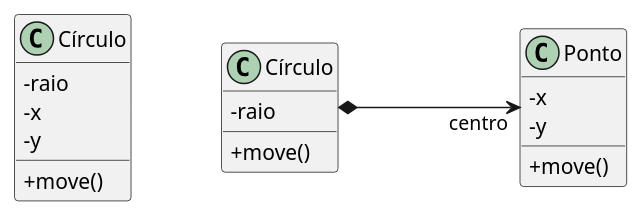
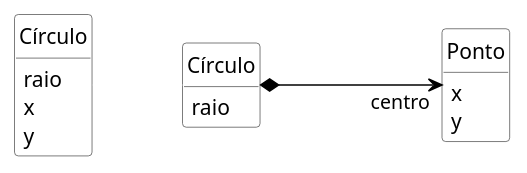
Before and after one commit to kyriosdata/oo: the diagram in imagens/modelos-07/mod07ima02/mod07ima02.plantuml, drawn with PlantUML. The commit also changed 4 other files, not shown here.

```diff
--- a/imagens/modelos-07/mod07ima02/mod07ima02.plantuml
+++ b/imagens/modelos-07/mod07ima02/mod07ima02.plantuml
@@ -1,24 +1,33 @@
 @startuml mod07ima02
+hide circle
+hide methods
+hide empty members
+
+skinparam class {
+    BackgroundColor White
+    ArrowColor Black
+    BorderColor #505050
+}
 skinparam ClassAttributeIconSize 0
 class "Círculo" as ci1
 class ci1{
-    - raio
-    - x
-    - y
+    raio
+    x
+    y
     + move()
 }
 class "Círculo" as ci2
 class ci2{
-    - raio
+    raio
     + move()
     }
 class "Ponto" as po
 class po{
-    - x
-    - y
+    x
+    y
     + move()
 }
 left to right direction
 ci1 -[#White]- ci2
 ci2 *--->"centro" po
 @enduml
```
